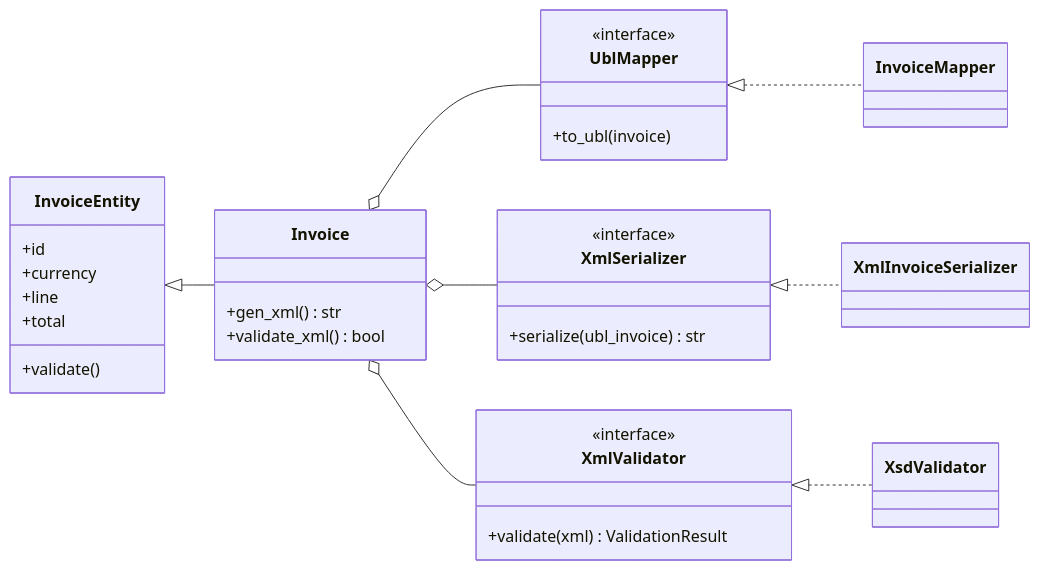
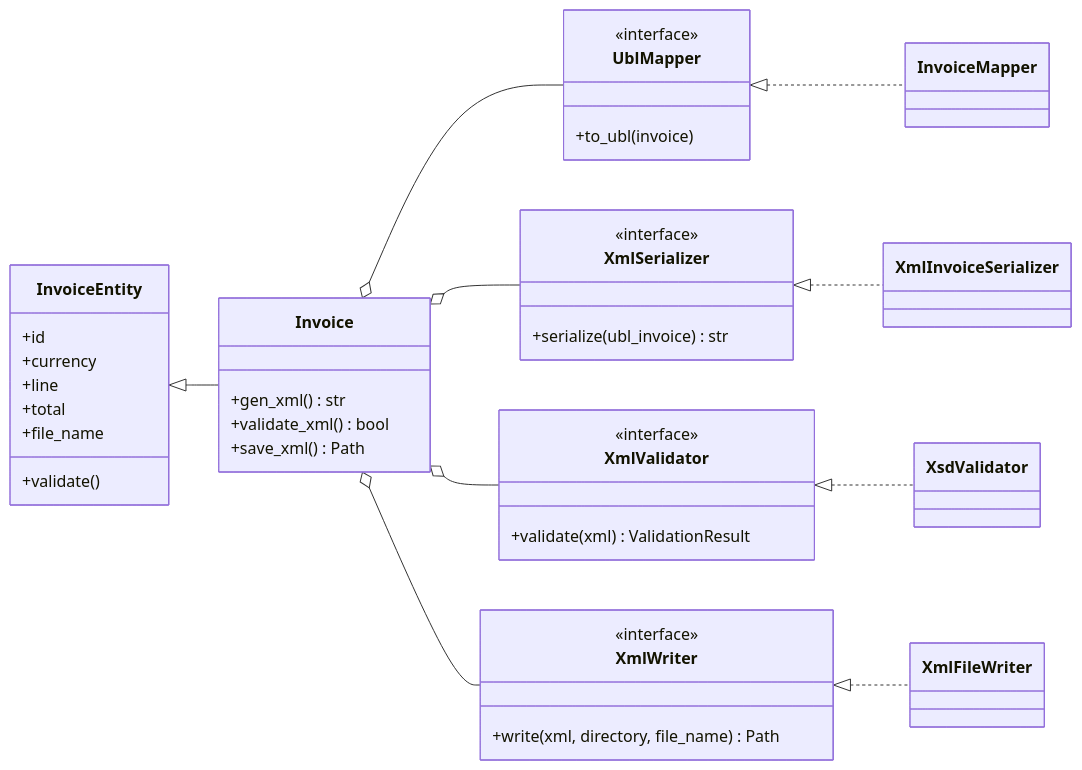
The second of 2 diagrams in README.md (Ivan-10k/ubl-invoice-xml-generator), drawn with Mermaid before and after one commit. The commit also changed other lines of this file and 11 other files, not shown here.

````diff
--- a/README.md
+++ b/README.md
@@ -66,34 +70,42 @@
 ```mermaid
 classDiagram
     direction LR
     class UblMapper {
         <<interface>>
         +to_ubl(invoice)
     }
     class XmlSerializer {
         <<interface>>
         +serialize(ubl_invoice) str
     }
     class XmlValidator {
         <<interface>>
         +validate(xml) ValidationResult
     }
+    class XmlWriter {
+        <<interface>>
+        +write(xml, directory, file_name) Path
+    }
     class InvoiceEntity {
         +id
         +currency
         +line
         +total
+        +file_name
         +validate()
     }
     class Invoice {
         +gen_xml() str
         +validate_xml() bool
+        +save_xml() Path
     }
     InvoiceEntity <|-- Invoice
     Invoice o-- UblMapper
     Invoice o-- XmlSerializer
     Invoice o-- XmlValidator
+    Invoice o-- XmlWriter
     UblMapper <|.. InvoiceMapper
     XmlSerializer <|.. XmlInvoiceSerializer
     XmlValidator <|.. XsdValidator
+    XmlWriter <|.. XmlFileWriter
 ```
````
